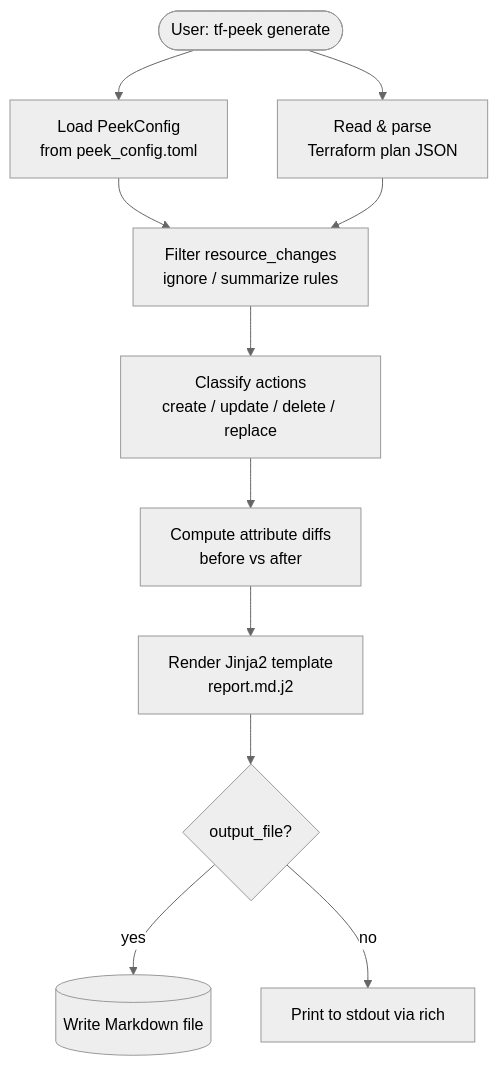
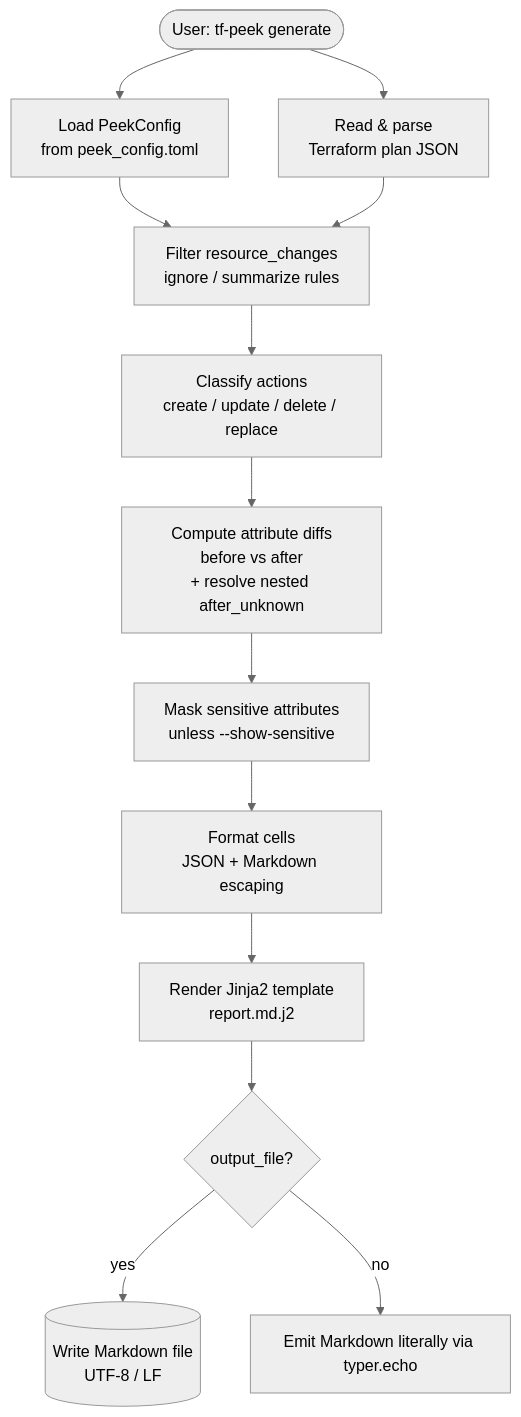
The first of 2 diagrams in docs/architecture/03-endpoints-and-dependencies.md (looztra/tf-peek), drawn with Mermaid (neutral theme) before and after one commit. The commit also changed 23 other files, not shown here.

````diff
--- a/docs/architecture/03-endpoints-and-dependencies.md
+++ b/docs/architecture/03-endpoints-and-dependencies.md
@@ -20,13 +20,15 @@
 ```mermaid
 flowchart TD
     A([User: tf-peek generate]) --> B[Load PeekConfig\nfrom peek_config.toml]
     A --> C[Read & parse\nTerraform plan JSON]
     B --> D[Filter resource_changes\nignore / summarize rules]
     C --> D
     D --> E[Classify actions\ncreate / update / delete / replace]
-    E --> F[Compute attribute diffs\nbefore vs after]
-    F --> G[Render Jinja2 template\nreport.md.j2]
+    E --> F[Compute attribute diffs\nbefore vs after\n+ resolve nested after_unknown]
+    F --> F2[Mask sensitive attributes\nunless --show-sensitive]
+    F2 --> F3[Format cells\nJSON + Markdown escaping]
+    F3 --> G[Render Jinja2 template\nreport.md.j2]
     G --> H{output_file?}
-    H -- yes --> I[(Write Markdown file)]
-    H -- no --> J[Print to stdout via rich]
+    H -- yes --> I[(Write Markdown file\nUTF-8 / LF)]
+    H -- no --> J[Emit Markdown literally via typer.echo]
 ```
````
